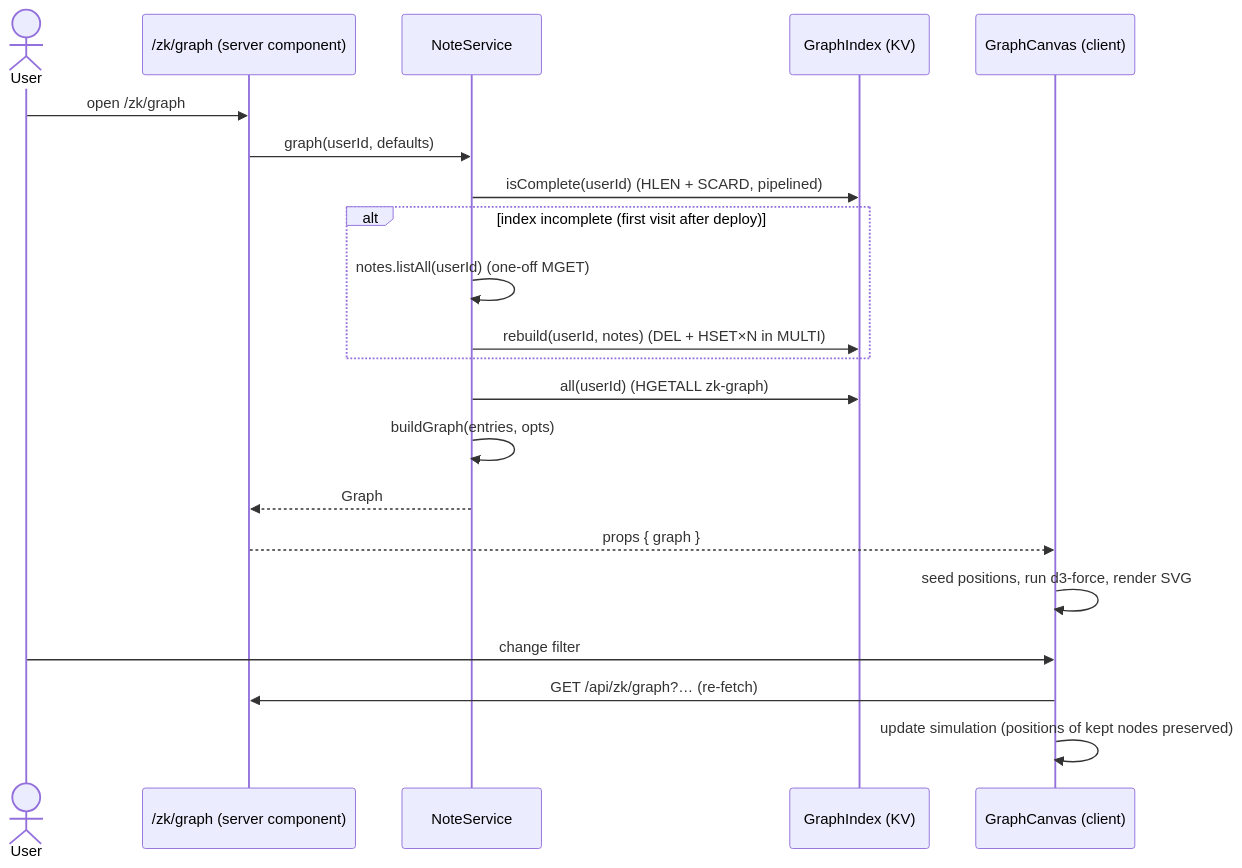
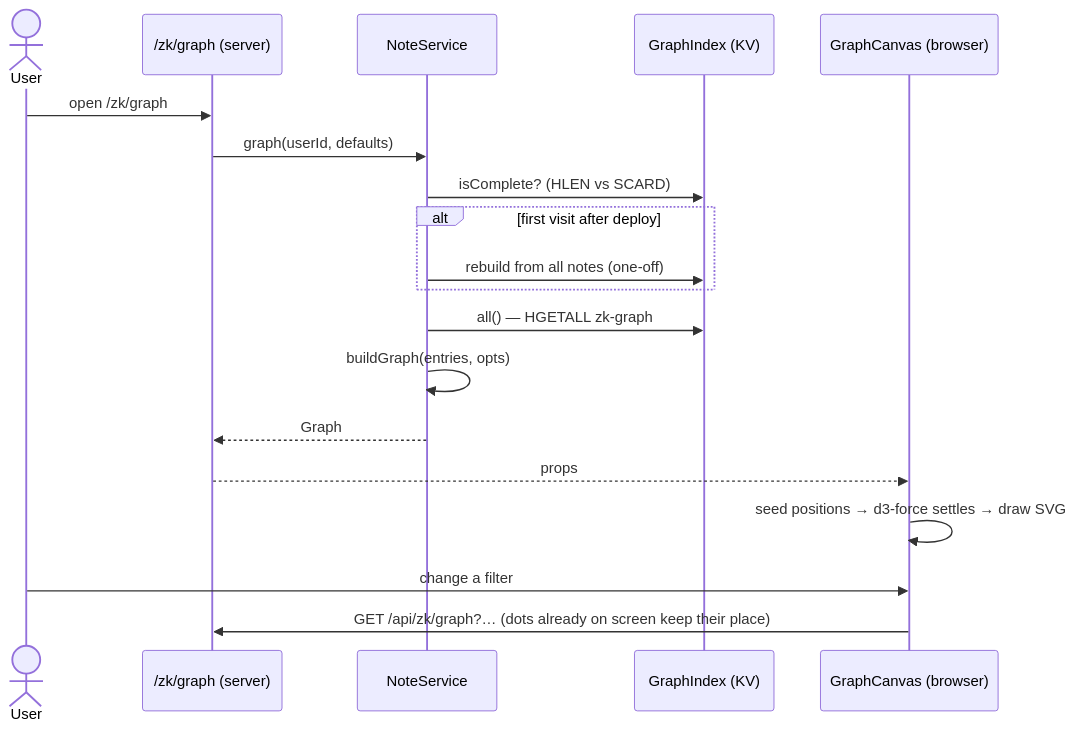
The third of 4 diagrams in docs/zettelkasten-graph-lld.md (Parthgrow/revision-app), drawn with Mermaid before and after one commit. The commit also changed other lines of this file, not shown here.

First line of the commit message:
docs(zk): narrow graph design to the whole-collection view

````diff
--- a/docs/zettelkasten-graph-lld.md
+++ b/docs/zettelkasten-graph-lld.md
@@ -330,24 +246,22 @@
 ```mermaid
 sequenceDiagram
   actor U as User
-  participant P as /zk/graph (server component)
+  participant P as /zk/graph (server)
   participant S as NoteService
   participant G as GraphIndex (KV)
-  participant C as GraphCanvas (client)
+  participant C as GraphCanvas (browser)
 
   U->>P: open /zk/graph
   P->>S: graph(userId, defaults)
-  S->>G: isComplete(userId)  (HLEN + SCARD, pipelined)
-  alt index incomplete (first visit after deploy)
-    S->>S: notes.listAll(userId)  (one-off MGET)
-    S->>G: rebuild(userId, notes)  (DEL + HSET×N in MULTI)
+  S->>G: isComplete? (HLEN vs SCARD)
+  alt first visit after deploy
+    S->>G: rebuild from all notes (one-off)
   end
-  S->>G: all(userId)  (HGETALL zk-graph)
+  S->>G: all() — HGETALL zk-graph
   S->>S: buildGraph(entries, opts)
   S-->>P: Graph
-  P-->>C: props { graph }
-  C->>C: seed positions, run d3-force, render SVG
-  U->>C: change filter
-  C->>P: GET /api/zk/graph?…  (re-fetch)
-  C->>C: update simulation (positions of kept nodes preserved)
+  P-->>C: props
+  C->>C: seed positions → d3-force settles → draw SVG
+  U->>C: change a filter
+  C->>P: GET /api/zk/graph?… (dots already on screen keep their place)
 ```
````
